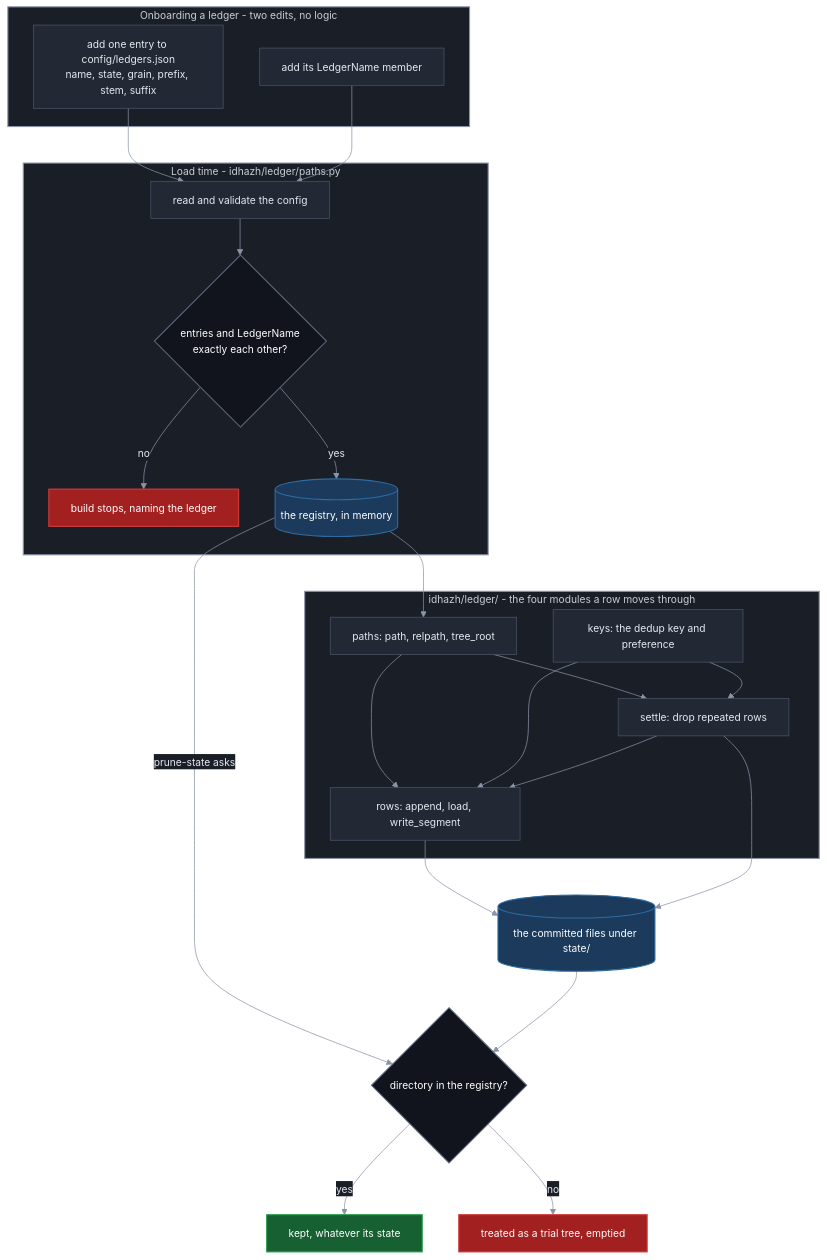
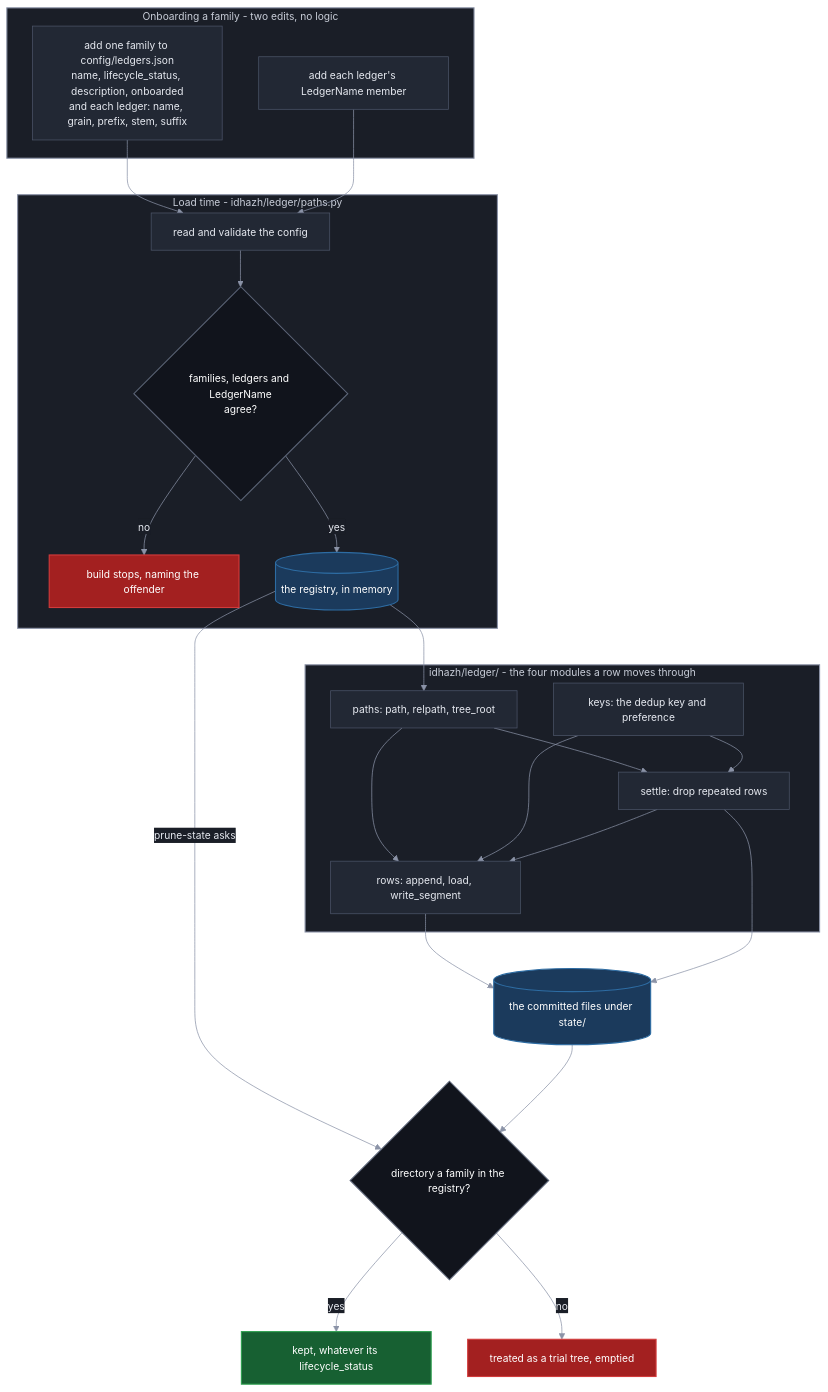
The diagram in docs/architecture/contracts/state-ledgers.md (miztiik/yen-idhazh), drawn with Mermaid before and after one commit. The commit also changed other lines of this file and 6 other files, not shown here.

````diff
--- a/docs/architecture/contracts/state-ledgers.md
+++ b/docs/architecture/contracts/state-ledgers.md
@@ -120,59 +139,59 @@
 ```mermaid
 %%{init: {"theme": "base", "themeVariables": {"background": "#0f1117", "primaryColor": "#222834", "primaryTextColor": "#e6e9f0", "primaryBorderColor": "#4b5468", "lineColor": "#8b93a7", "textColor": "#e6e9f0", "clusterBkg": "#1a1e27", "clusterBorder": "#3a4254", "titleColor": "#e6e9f0", "edgeLabelBackground": "#1a1e27", "fontSize": "14px"}}}%%
 flowchart TB
-  subgraph ONBOARD["Onboarding a ledger - two edits, no logic"]
-    ENTRY["add one entry to config/ledgers.json<br/>name, state, grain, prefix, stem, suffix"]
-    MEMBER["add its LedgerName member"]
+  subgraph ONBOARD["Onboarding a family - two edits, no logic"]
+    ENTRY["add one family to config/ledgers.json<br/>name, lifecycle_status, description, onboarded<br/>and each ledger: name, grain, prefix, stem, suffix"]
+    MEMBER["add each ledger's LedgerName member"]
   end
 
   subgraph LOAD["Load time - idhazh/ledger/paths.py"]
     READ["read and validate the config"]
-    BIJ{"entries and LedgerName<br/>exactly each other?"}
-    REFUSE["build stops, naming the ledger"]
+    BIJ{"families, ledgers and LedgerName<br/>agree?"}
+    REFUSE["build stops, naming the offender"]
     REG[("the registry, in memory")]
   end
 
   subgraph DOOR["idhazh/ledger/ - the four modules a row moves through"]
     PATHS["paths: path, relpath, tree_root"]
     KEYS["keys: the dedup key and preference"]
     ROWS["rows: append, load, write_segment"]
     SETTLE["settle: drop repeated rows"]
   end
 
   TREE[("the committed files under state/")]
-  PRUNE{"directory in the registry?"}
-  KEEP["kept, whatever its state"]
+  PRUNE{"directory a family in the registry?"}
+  KEEP["kept, whatever its lifecycle_status"]
   EMPTY["treated as a trial tree, emptied"]
 
   ENTRY --> READ
   MEMBER --> READ
   READ --> BIJ
   BIJ -->|"no"| REFUSE
   BIJ -->|"yes"| REG
   REG --> PATHS
   PATHS --> ROWS
   PATHS --> SETTLE
   KEYS --> ROWS
   KEYS --> SETTLE
   SETTLE --> ROWS
   ROWS --> TREE
   SETTLE --> TREE
   REG -->|"prune-state asks"| PRUNE
   PRUNE -->|"yes"| KEEP
   PRUNE -->|"no"| EMPTY
   TREE --> PRUNE
 
   classDef stage fill:#222834,stroke:#4b5468,stroke-width:1px,color:#e6e9f0;
   classDef decision fill:#11141c,stroke:#5b6477,stroke-width:1.5px,color:#ffffff;
   classDef yes fill:#176032,stroke:#2ea04f,stroke-width:1.5px,color:#ffffff;
   classDef no fill:#a32020,stroke:#d23b3b,stroke-width:1.5px,color:#ffffff;
   classDef ledger fill:#1b3a5c,stroke:#2d6ca3,stroke-width:1.5px,color:#ffffff;
   classDef sysOps fill:#1a1e27,stroke:#8b93a7,stroke-width:1.5px,color:#c8cdd8;
 
   class ENTRY,MEMBER,READ,PATHS,KEYS,ROWS,SETTLE stage;
   class BIJ,PRUNE decision;
   class KEEP yes;
   class REFUSE,EMPTY no;
   class REG,TREE ledger;
   class ONBOARD,LOAD,DOOR sysOps;
 ```
````
